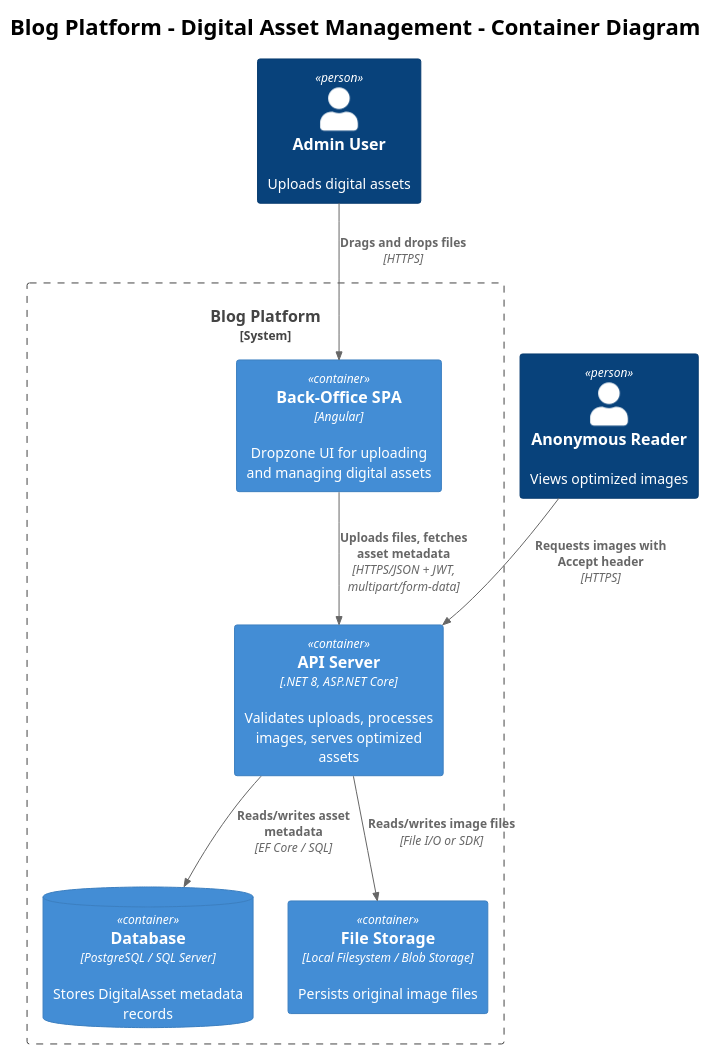
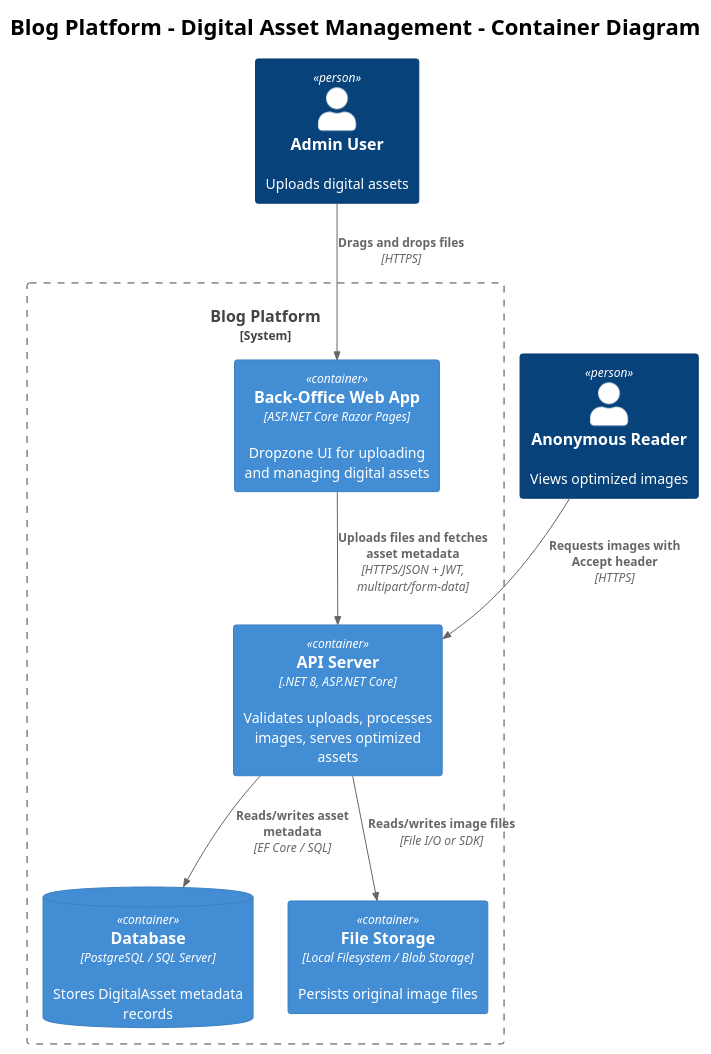
One commit to QuinntyneBrown/Blog changed the diagram in docs/detailed-designs/04-digital-asset-management/diagrams/c4_container.puml. Above: the diagram before and after it, drawn with PlantUML. The commit also changed 18 other files, not shown here.

```diff
--- a/docs/detailed-designs/04-digital-asset-management/diagrams/c4_container.puml
+++ b/docs/detailed-designs/04-digital-asset-management/diagrams/c4_container.puml
@@ -1,23 +1,23 @@
 @startuml c4_container
 !theme plain
 !include <C4/C4_Container>
 
 title Blog Platform - Digital Asset Management - Container Diagram
 
 Person(admin, "Admin User", "Uploads digital assets")
 Person(reader, "Anonymous Reader", "Views optimized images")
 
 System_Boundary(blog, "Blog Platform") {
-    Container(spa, "Back-Office SPA", "Angular", "Dropzone UI for uploading and managing digital assets")
+    Container(web, "Back-Office Web App", "ASP.NET Core Razor Pages", "Dropzone UI for uploading and managing digital assets")
     Container(api, "API Server", ".NET 8, ASP.NET Core", "Validates uploads, processes images, serves optimized assets")
     ContainerDb(db, "Database", "PostgreSQL / SQL Server", "Stores DigitalAsset metadata records")
     Container(storage, "File Storage", "Local Filesystem / Blob Storage", "Persists original image files")
 }
 
-Rel(admin, spa, "Drags and drops files", "HTTPS")
+Rel(admin, web, "Drags and drops files", "HTTPS")
 Rel(reader, api, "Requests images with Accept header", "HTTPS")
-Rel(spa, api, "Uploads files, fetches asset metadata", "HTTPS/JSON + JWT, multipart/form-data")
+Rel(web, api, "Uploads files and fetches asset metadata", "HTTPS/JSON + JWT, multipart/form-data")
 Rel(api, db, "Reads/writes asset metadata", "EF Core / SQL")
 Rel(api, storage, "Reads/writes image files", "File I/O or SDK")
 
 @enduml
```
